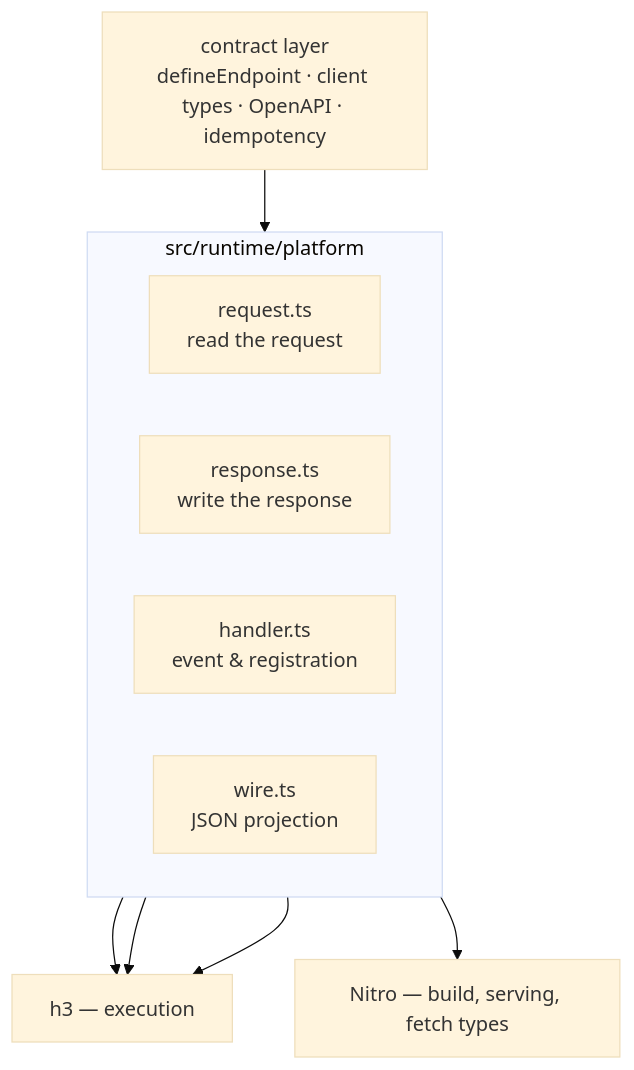
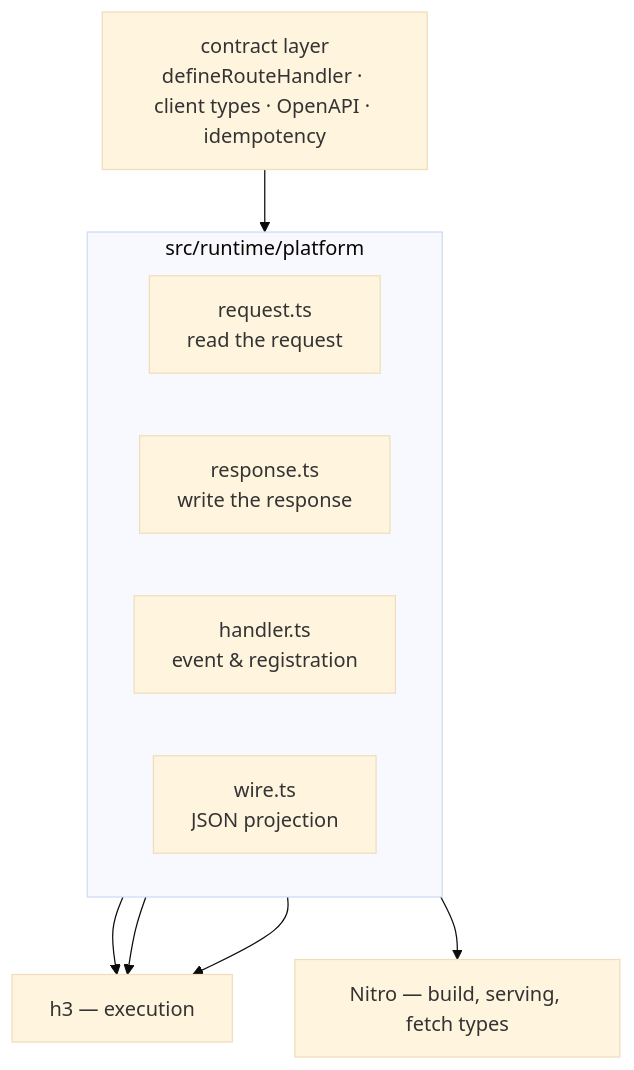
The diagram in src/runtime/platform/README.md (nuxt-endpoints/nuxt-endpoints), drawn with Mermaid (base theme) before and after one commit. The commit also changed 75 other files, not shown here.

First line of the commit message:
feat!: adopt defineRouteHandler as the only authoring API

````diff
--- a/src/runtime/platform/README.md
+++ b/src/runtime/platform/README.md
@@ -14,19 +14,19 @@
 ```mermaid
 flowchart TB
-    contract["contract layer<br/>defineEndpoint · client types · OpenAPI · idempotency"]
+    contract["contract layer<br/>defineRouteHandler · client types · OpenAPI · idempotency"]
     subgraph seam["src/runtime/platform"]
         direction LR
         request["request.ts<br/>read the request"]
         response["response.ts<br/>write the response"]
         handler["handler.ts<br/>event & registration"]
         wire["wire.ts<br/>JSON projection"]
     end
     h3["h3 — execution"]
     nitro["Nitro — build, serving, fetch types"]
 
     contract --> seam
     request --> h3
     response --> h3
     handler --> h3
     wire --> nitro
 ```
````
